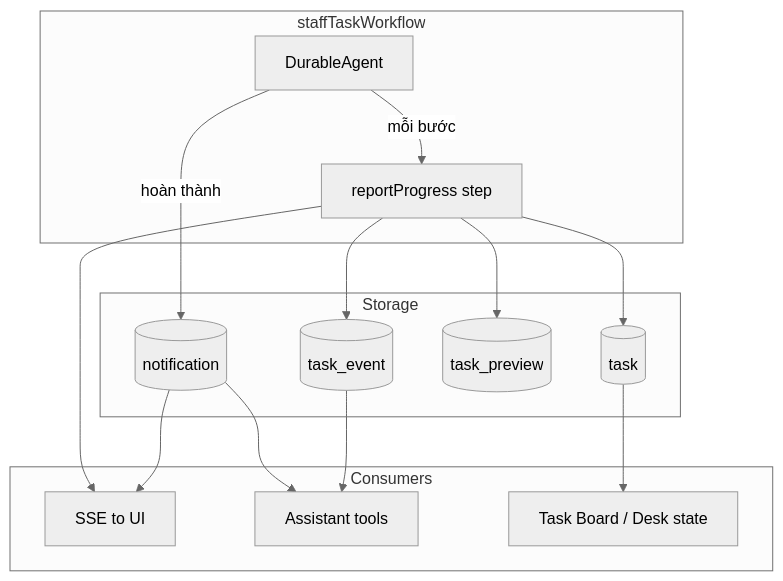
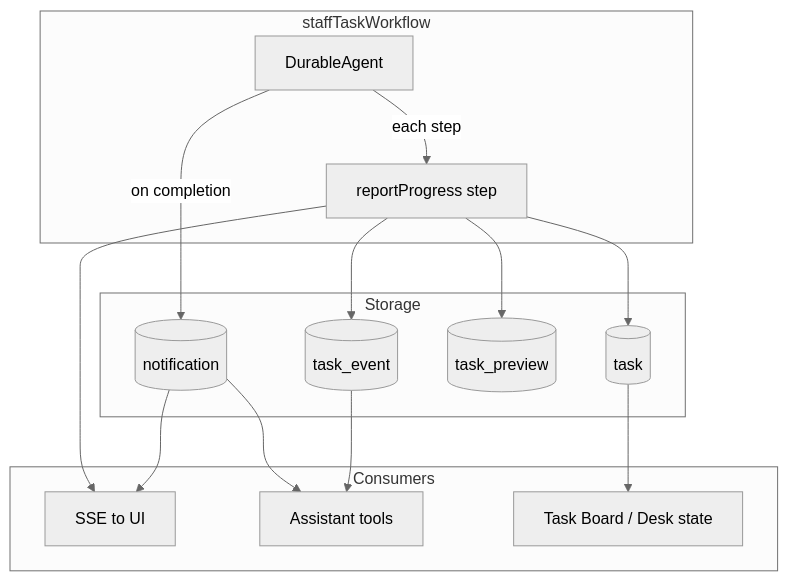
Before and after one commit to tihado/nex-staff: the fourth of 6 diagrams in docs/AGENT-SYSTEM.md, drawn with Mermaid (neutral theme). The commit also changed other lines of this file and 11 other files, not shown here.

````diff
--- a/docs/AGENT-SYSTEM.md
+++ b/docs/AGENT-SYSTEM.md
@@ -413,31 +413,31 @@
 ```mermaid
 flowchart TB
     subgraph workflow [staffTaskWorkflow]
         Agent[DurableAgent]
         Report[reportProgress step]
     end
 
     subgraph storage [Storage]
         Task[(task)]
         Events[(task_event)]
         Preview[(task_preview)]
         Notif[(notification)]
     end
 
     subgraph consumers [Consumers]
         SSE[SSE to UI]
         Assistant[Assistant tools]
         Workspace[Task Board / Desk state]
     end
 
-    Agent -->|mỗi bước| Report
+    Agent -->|each step| Report
     Report --> Events
     Report --> Task
     Report --> Preview
     Report --> SSE
-    Agent -->|hoàn thành| Notif
+    Agent -->|on completion| Notif
     Notif --> Assistant
     Notif --> SSE
     Events --> Assistant
     Task --> Workspace
 ```
````
